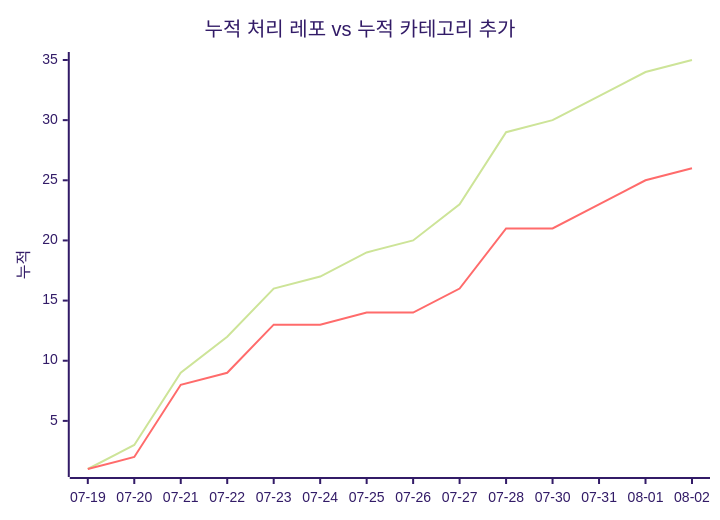
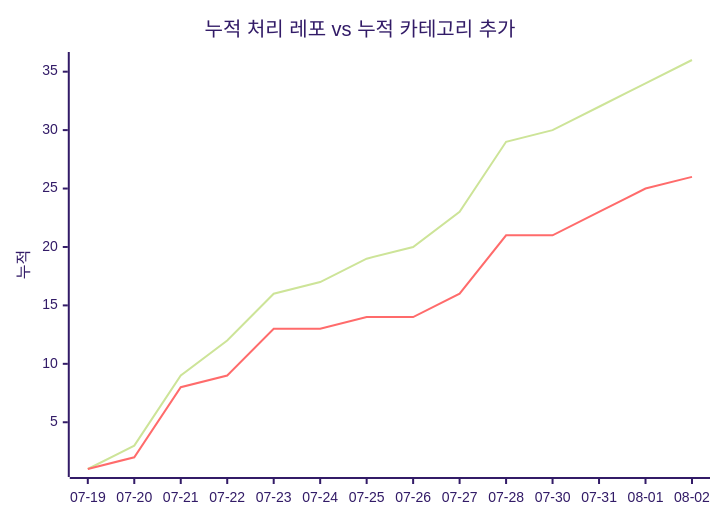
Before and after one commit to J-nowcow/awesome-korean-agent-skills: the second of 2 diagrams in docs/trends.md, drawn with Mermaid (forest theme). The commit also changed other lines of this file and 2 other files, not shown here.

````diff
--- a/docs/trends.md
+++ b/docs/trends.md
@@ -68,8 +68,8 @@
 ```mermaid
 xychart-beta
     title "누적 처리 레포 vs 누적 카테고리 추가"
     x-axis ["07-19","07-20","07-21","07-22","07-23","07-24","07-25","07-26","07-27","07-28","07-30","07-31","08-01","08-02"]
     y-axis "누적"
-    line [1,3,9,12,16,17,19,20,23,29,30,32,34,35]
+    line [1,3,9,12,16,17,19,20,23,29,30,32,34,36]
     line [1,2,8,9,13,13,14,14,16,21,21,23,25,26]
 ```
````
